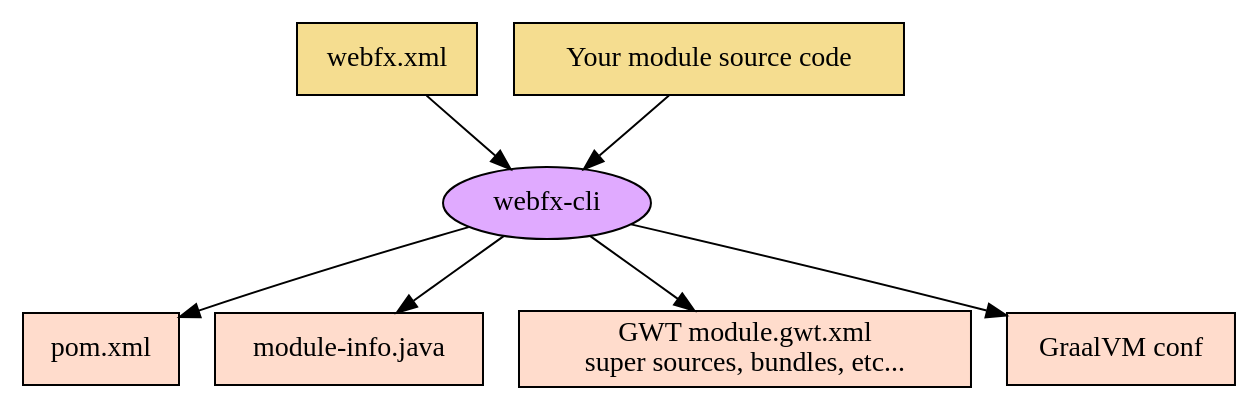
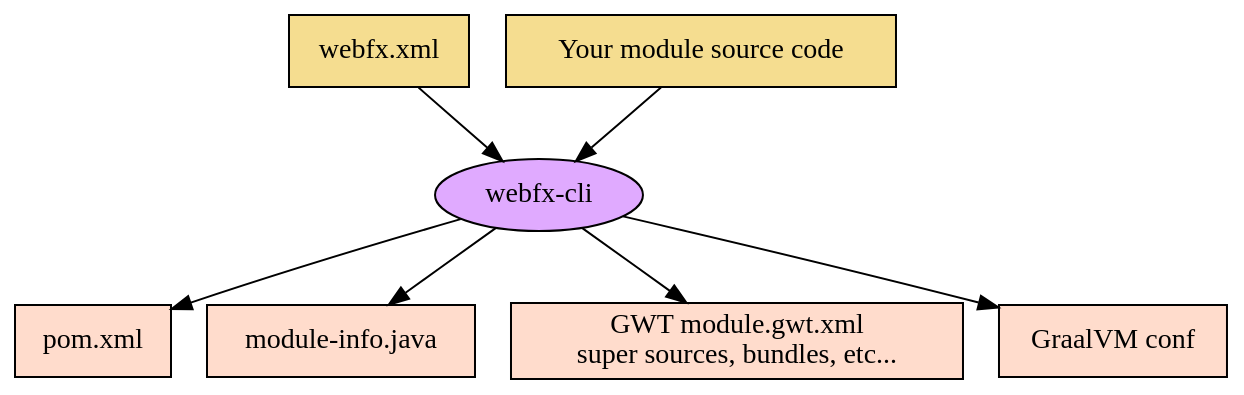
The fourth of 5 diagrams in src/main/asciidoc/webfx-docs.adoc (webfx-project/webfx-docs), drawn with Graphviz before and after one commit. The commit also changed other lines of this file, not shown here.

Commit message:
Changed diagrams background color to transparent

```diff
--- a/src/main/asciidoc/webfx-docs.adoc
+++ b/src/main/asciidoc/webfx-docs.adoc
@@ -201,16 +202,16 @@
 [graphviz, webfx-cli, format=svg]
 ----
-digraph {
+digraph { bgcolor="transparent"
     node [ shape=rectangle, fillcolor="#ffdccc", style=filled];
     WebFXCli [label="webfx-cli", shape=ellipse, fillcolor="#e0aaff"];
     WebFXXml [label="webfx.xml", fillcolor="#f5dd90"];
     Code [label="Your module source code", fillcolor="#f5dd90"];
     WebFXXml -> WebFXCli
     Code -> WebFXCli
     WebFXCli -> "pom.xml"
     WebFXCli -> "module-info.java"
     WebFXCli -> "GWT module.gwt.xml
 super sources, bundles, etc..."
     WebFXCli -> "GraalVM conf"
 }
 ----
```
